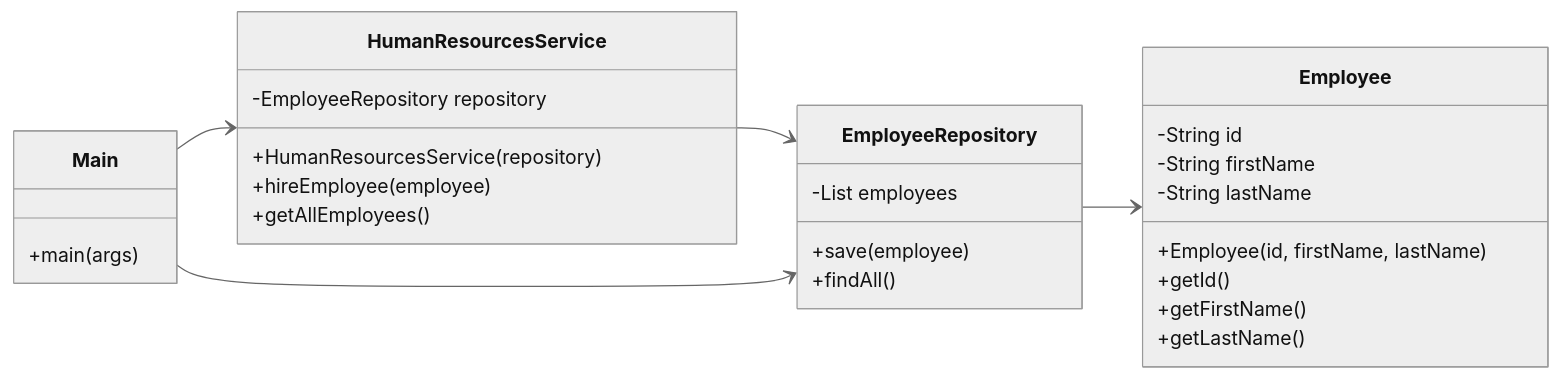
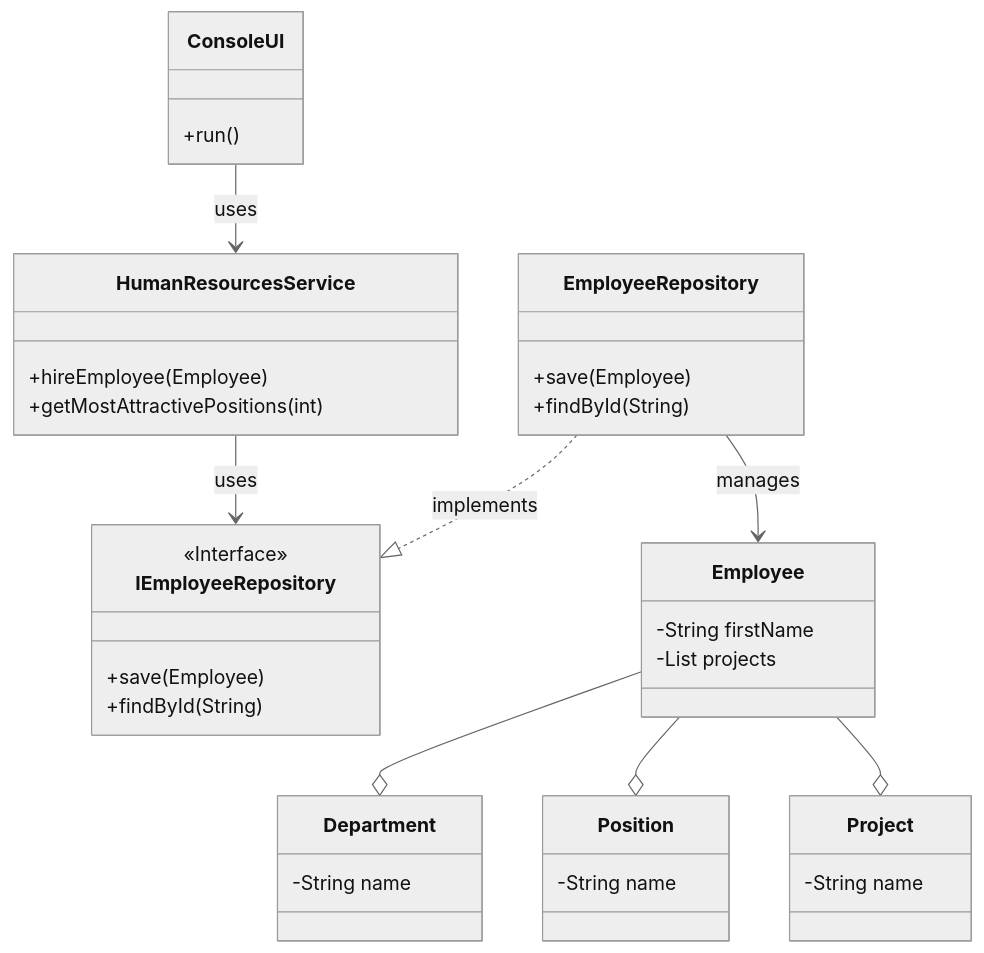
Before and after one commit to stanislavbuket/KAI_OOP: the diagram in coursework/README.md, drawn with Mermaid (neutral theme). The commit also changed other lines of this file and 18 other files, not shown here.

````diff
--- a/coursework/README.md
+++ b/coursework/README.md
@@ -33,36 +38,50 @@
 ```mermaid
 classDiagram
-    direction LR
+    direction TD
 
-    class Employee {
-        -String id
-        -String firstName
-        -String lastName
-        +Employee(id, firstName, lastName)
-        +getId()
-        +getFirstName()
-        +getLastName()
+    class ConsoleUI {
+        +run()
+    }
+
+    class HumanResourcesService {
+        +hireEmployee(Employee)
+        +getMostAttractivePositions(int)
     }
 
     class EmployeeRepository {
-        -List<Employee> employees
-        +save(employee)
-        +findAll()
+        +save(Employee)
+        +findById(String)
+    }
+    
+    class IEmployeeRepository {
+        <<Interface>>
+        +save(Employee)
+        +findById(String)
     }
 
-    class HumanResourcesService {
-        -EmployeeRepository repository
-        +HumanResourcesService(repository)
-        +hireEmployee(employee)
-        +getAllEmployees()
+    class Employee {
+        -String firstName
+        -List<Project> projects
     }
 
-    class Main {
-        +main(args)
+    class Department {
+        -String name
     }
 
-    HumanResourcesService --> EmployeeRepository
-    EmployeeRepository --> Employee
-    Main --> HumanResourcesService
-    Main --> EmployeeRepository
+    class Position {
+        -String name
+    }
+
+    class Project {
+        -String name
+    }
+    
+    ConsoleUI --> HumanResourcesService : uses
+    HumanResourcesService --> IEmployeeRepository : uses
+    EmployeeRepository ..|> IEmployeeRepository : implements
+    EmployeeRepository --> Employee : manages
+
+    Employee --o Department
+    Employee --o Position
+    Employee --o Project
 ```
````
